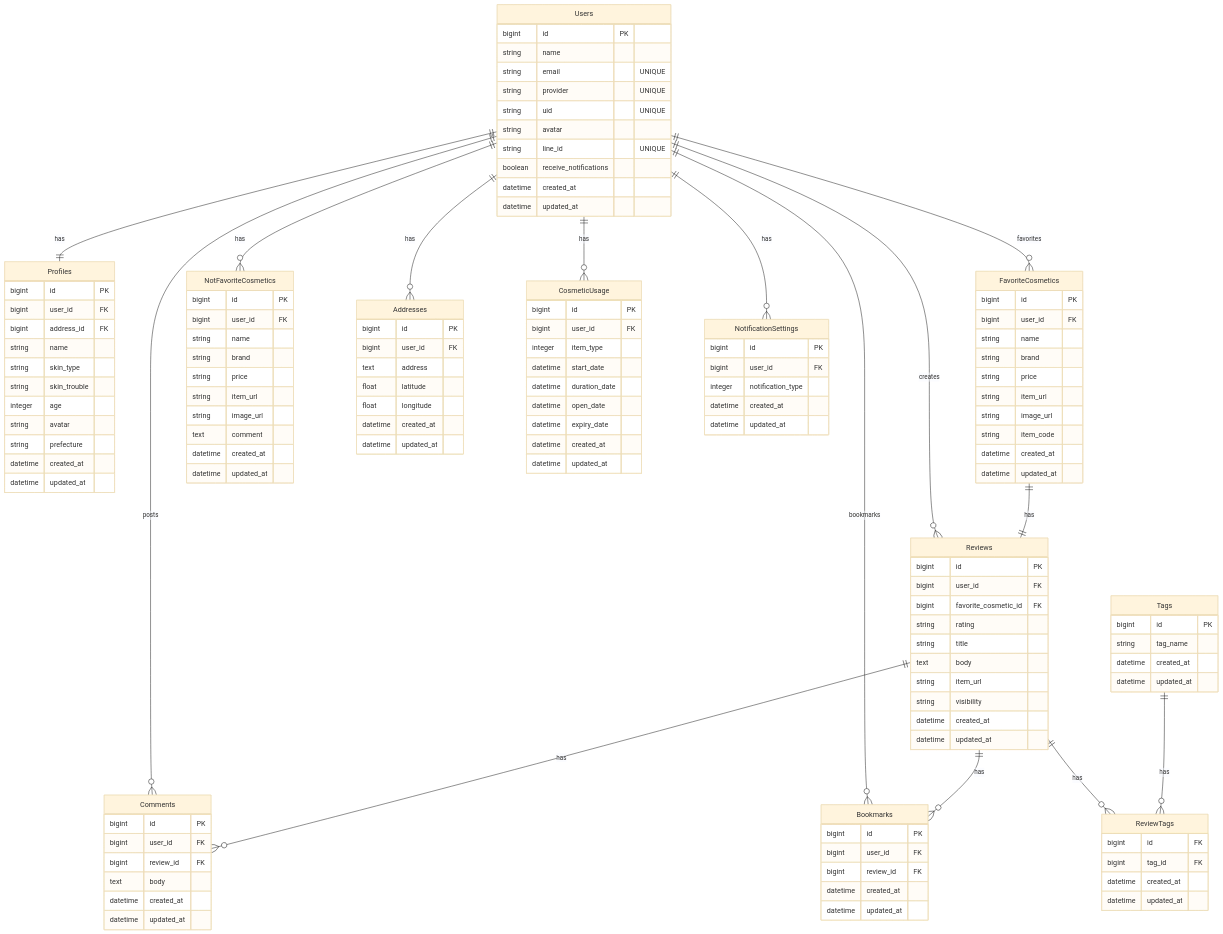
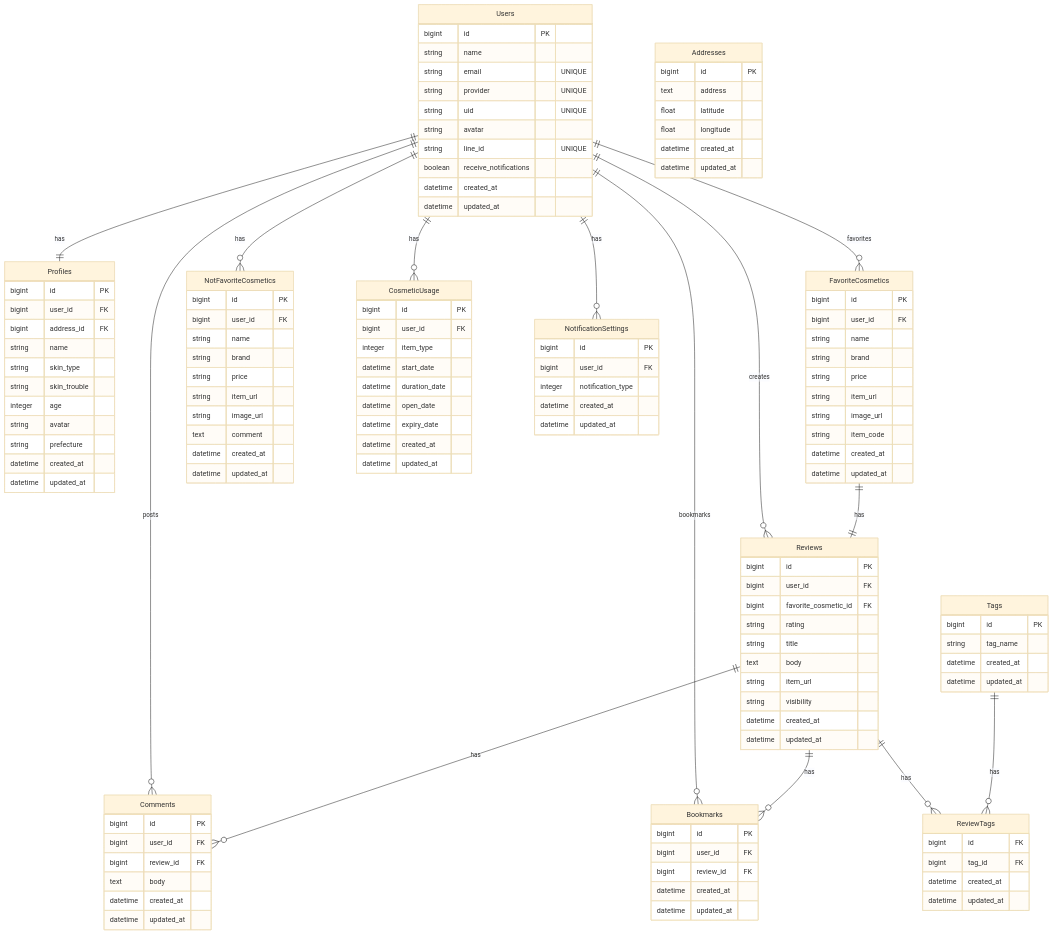
Before and after one commit to rk0325/korecare: the diagram in README.md, drawn with Mermaid (base theme). The commit also changed 8 other files, not shown here.

```diff
--- a/README.md
+++ b/README.md
@@ -8,7 +8,6 @@
 Users ||--o{ FavoriteCosmetics : favorites
 Users ||--o{ NotFavoriteCosmetics : has
 Users ||--o{ Reviews : creates
-Users ||--o{ Addresses : has
 Users ||--o{ Bookmarks : bookmarks
 Users ||--o{ CosmeticUsage : has
 Users ||--o{ NotificationSettings : has
@@ -48,7 +47,6 @@
 
 Addresses {
   bigint id PK
-  bigint user_id FK
   text address
   float latitude
   float longitude
```
